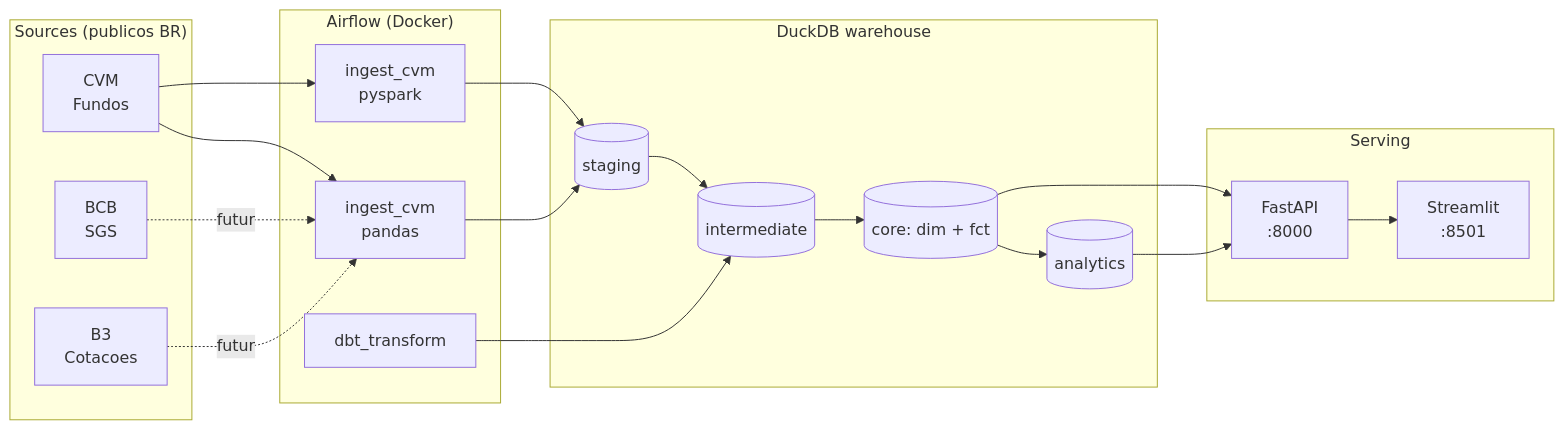
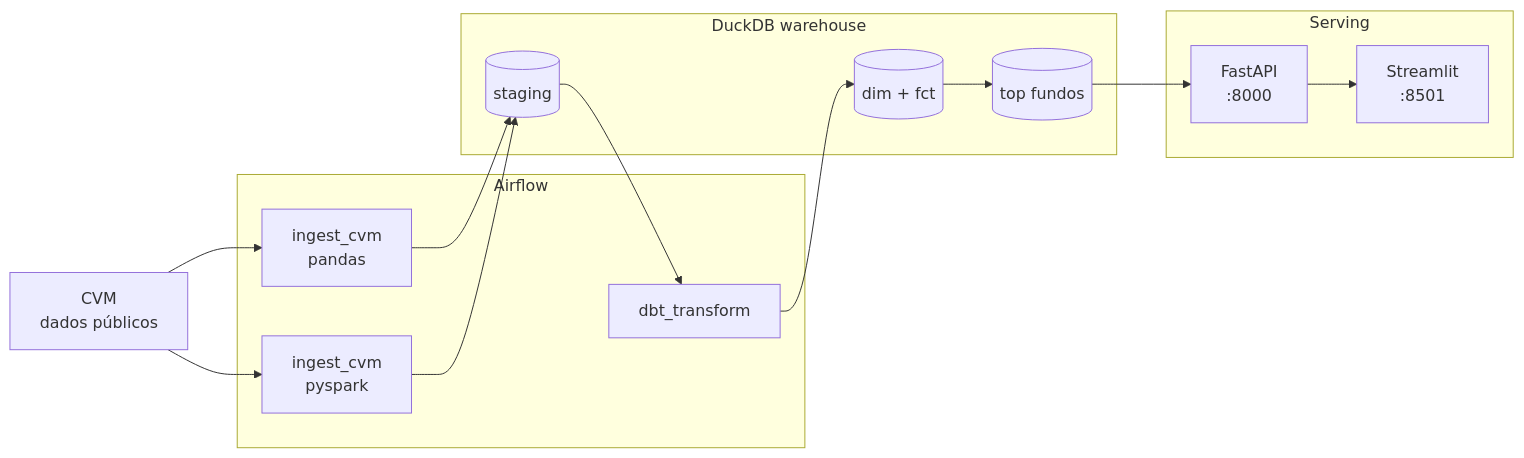
Before and after one commit to nicolaskra/finbr-data-platform: the diagram in README.md, drawn with Mermaid. The commit also changed other lines of this file and 18 other files, not shown here.

````diff
--- a/README.md
+++ b/README.md
@@ -41,32 +62,19 @@
 ```mermaid
 flowchart LR
-    subgraph "Sources (publicos BR)"
-        CVM[CVM<br/>Fundos]
-        BCB[BCB<br/>SGS]
-        B3[B3<br/>Cotacoes]
-    end
-
-    subgraph "Airflow (Docker)"
+    CVM[CVM<br/>dados públicos]
+    subgraph "Airflow"
         D1[ingest_cvm<br/>pandas]
         D2[ingest_cvm<br/>pyspark]
         D3[dbt_transform]
     end
-
     subgraph "DuckDB warehouse"
         STG[(staging)]
-        INT[(intermediate)]
-        CORE[(core: dim + fct)]
-        ANA[(analytics)]
+        CORE[(dim + fct)]
+        ANA[(top fundos)]
     end
-
     subgraph "Serving"
         API[FastAPI<br/>:8000]
         UI[Streamlit<br/>:8501]
     end
-
-    CVM --> D1 & D2 --> STG
-    BCB & B3 -.futuro.-> D1
-    D3 --> INT --> CORE --> ANA
-    STG --> INT
-    CORE & ANA --> API --> UI
+    CVM --> D1 & D2 --> STG --> D3 --> CORE --> ANA --> API --> UI
 ```
````
